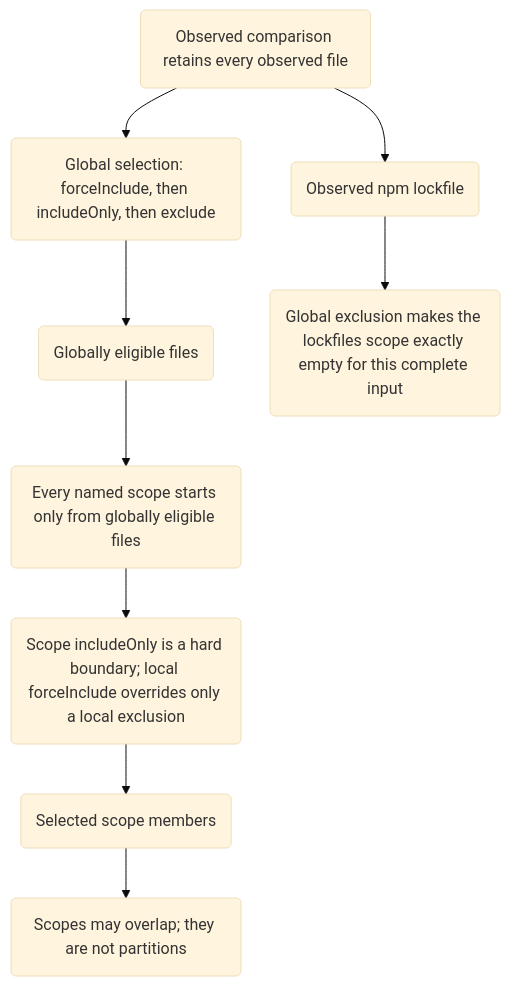
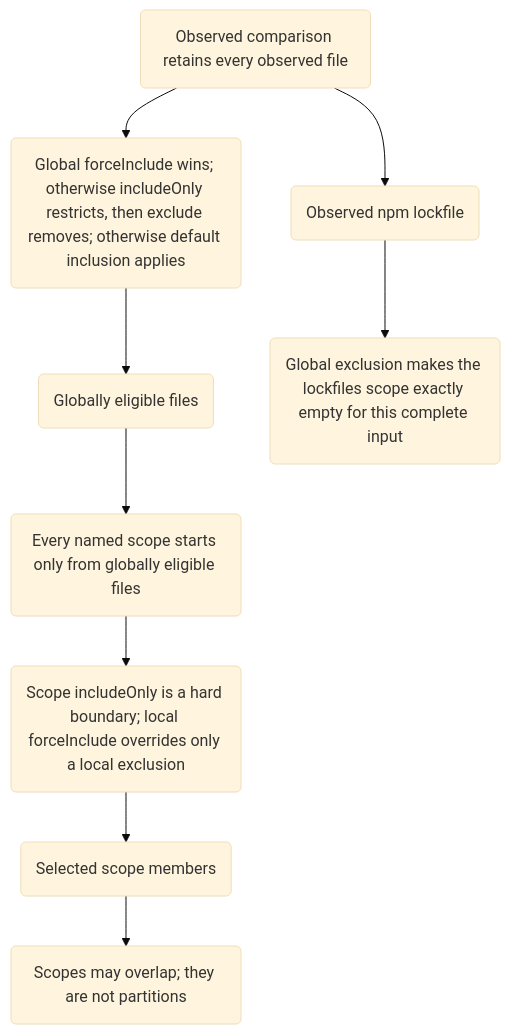
One commit to Wolfsblvt/diffdevil changed the diagram in docs/manual/assets/visuals/selection-boundaries.mmd. Above: the diagram before and after it, drawn with Mermaid (base theme). The commit also changed 4 other files, not shown here.

First line of the commit message:
docs: clarify global file-selection precedence

```diff
--- a/docs/manual/assets/visuals/selection-boundaries.mmd
+++ b/docs/manual/assets/visuals/selection-boundaries.mmd
@@ -1,24 +1,24 @@
 flowchart TB
     accTitle: Global and scoped file selection have different boundaries
     accDescr: The observed comparison retains every observed file. Global forceInclude, includeOnly, and exclude determine the globally eligible population. Each named scope begins only from that population, applies a hard includeOnly boundary, and may use local forceInclude only against local exclusions. A globally excluded lockfile remains observed but cannot be reintroduced by its scope.
 
     observed("Observed comparison retains every observed file"):::focus
-    global("Global selection: forceInclude, then includeOnly, then exclude")
+    global("Global forceInclude wins; otherwise includeOnly restricts, then exclude removes; otherwise default inclusion applies")
     eligible("Globally eligible files"):::ok
     scope("Every named scope starts only from globally eligible files")
     boundary("Scope includeOnly is a hard boundary; local forceInclude overrides only a local exclusion")
     selected("Selected scope members"):::ok
     overlap("Scopes may overlap; they are not partitions")
 
     lockfile("Observed npm lockfile"):::bad
     empty("Global exclusion makes the lockfiles scope exactly empty for this complete input"):::bad
 
     observed --> global
     global --> eligible
     eligible --> scope
     scope --> boundary
     boundary --> selected
     selected --> overlap
 
     observed --> lockfile
     lockfile --> empty
```
